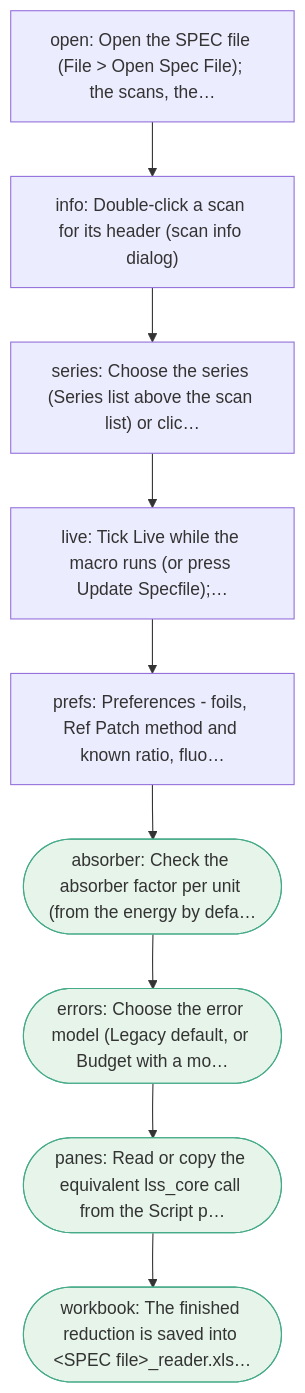
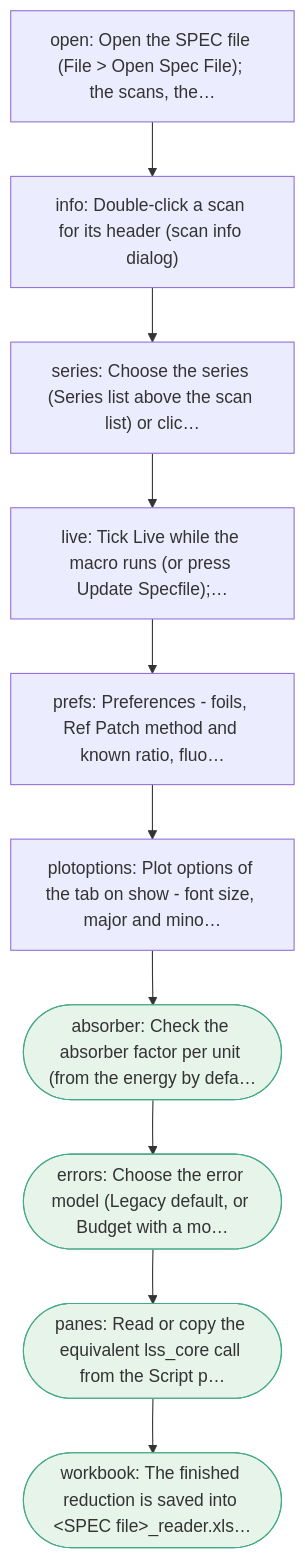
Before and after one commit to Dave-J-W/LSS_Reader2: diagram 14 of 14 in docs/gui/workflows.md, drawn with Mermaid. The commit also changed other lines of this file and 67 other files, not shown here.

First line of the commit message:
F112: Plot options for the plots of each tab (owner)

````diff
--- a/docs/gui/workflows.md
+++ b/docs/gui/workflows.md
@@ -645,22 +645,24 @@
 ```mermaid
 flowchart TD
     session_open["open: Open the SPEC file (File &gt; Open Spec File); the scans, the…"]
     session_info["info: Double-click a scan for its header (scan info dialog)"]
     session_series["series: Choose the series (Series list above the scan list) or clic…"]
     session_live["live: Tick Live while the macro runs (or press Update Specfile);…"]
     session_prefs["prefs: Preferences - foils, Ref Patch method and known ratio, fluo…"]
+    session_plotoptions["plotoptions: Plot options of the tab on show - font size, major and mino…"]
     session_absorber(["absorber: Check the absorber factor per unit (from the energy by defa…"])
     session_errors(["errors: Choose the error model (Legacy default, or Budget with a mo…"])
     session_panes(["panes: Read or copy the equivalent lss_core call from the Script p…"])
     session_workbook(["workbook: The finished reduction is saved into &lt;SPEC file&gt;_reader.xls…"])
     session_open --> session_info
     session_info --> session_series
     session_series --> session_live
     session_live --> session_prefs
-    session_prefs --> session_absorber
+    session_prefs --> session_plotoptions
+    session_plotoptions --> session_absorber
     session_absorber --> session_errors
     session_errors --> session_panes
     session_panes --> session_workbook
     classDef auto fill:#e6f4ea,stroke:#4a8;
     class session_absorber,session_errors,session_panes,session_workbook auto;
 ```
````
